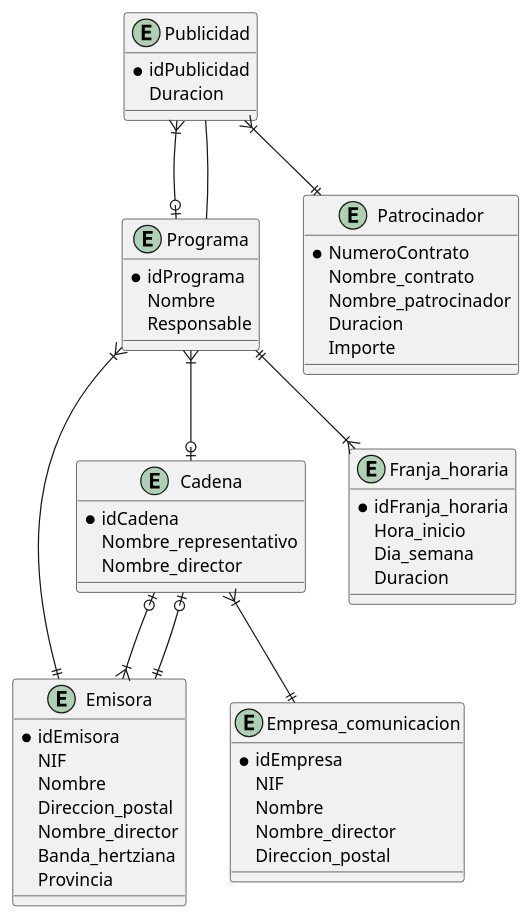
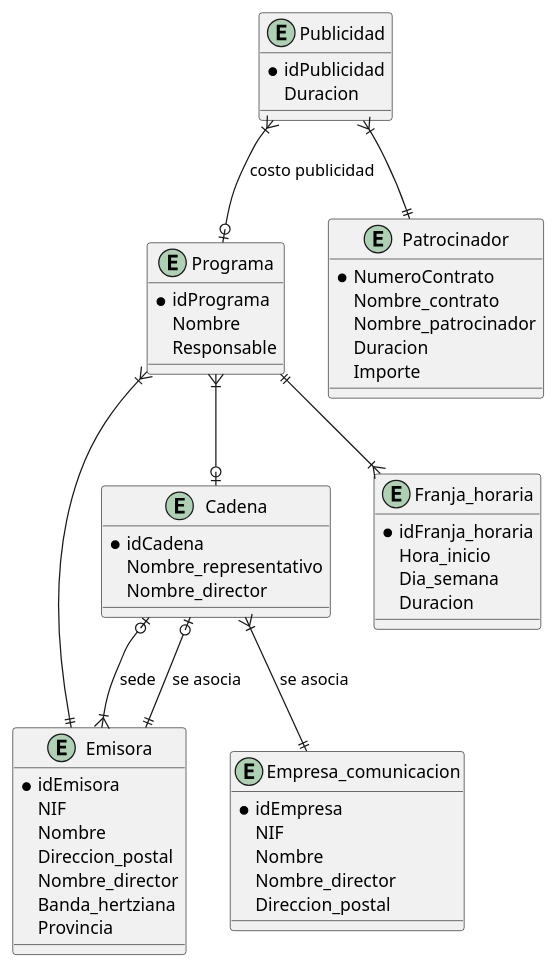
One commit to DiegoPeredo/BASDAT changed the diagram in Radio.puml. Above: the diagram before and after it, drawn with PlantUML.

Commit message:
Se añadieron conectores

```diff
--- a/Radio.puml
+++ b/Radio.puml
@@ -1,62 +1,61 @@
 @startuml Radio
 
 entity Emisora {
   *idEmisora
   NIF
   Nombre
   Direccion_postal
   Nombre_director
   Banda_hertziana
   Provincia
 }
 
 entity Cadena {
   *idCadena
   Nombre_representativo
   Nombre_director
 }
 
 entity Programa {
   *idPrograma
   Nombre
   Responsable 
 }
 
 entity Franja_horaria {
   *idFranja_horaria
   Hora_inicio
   Dia_semana
   Duracion
 }
 
 entity Empresa_comunicacion {
   *idEmpresa
   NIF
   Nombre
   Nombre_director
   Direccion_postal
 }
 
 entity Publicidad {
   *idPublicidad
   Duracion
 }
 
 entity Patrocinador {
   *NumeroContrato
   Nombre_contrato
   Nombre_patrocinador
   Duracion
   Importe
 }
 
-Cadena |o--|{ Emisora
-Cadena |o--|| Emisora
-Cadena }|--|| Empresa_comunicacion
+Cadena |o--|{ Emisora :sede
+Cadena |o--|| Emisora :se asocia
+Cadena }|--|| Empresa_comunicacion :se asocia
 Programa ||--|{ Franja_horaria
 Programa }|--|| Emisora
 Programa }|--o| Cadena
 Publicidad }|--|| Patrocinador
-Publicidad }|--o| Programa
-Publicidad -- Programa
+Publicidad }|--o| Programa :costo publicidad
 @enduml
```
